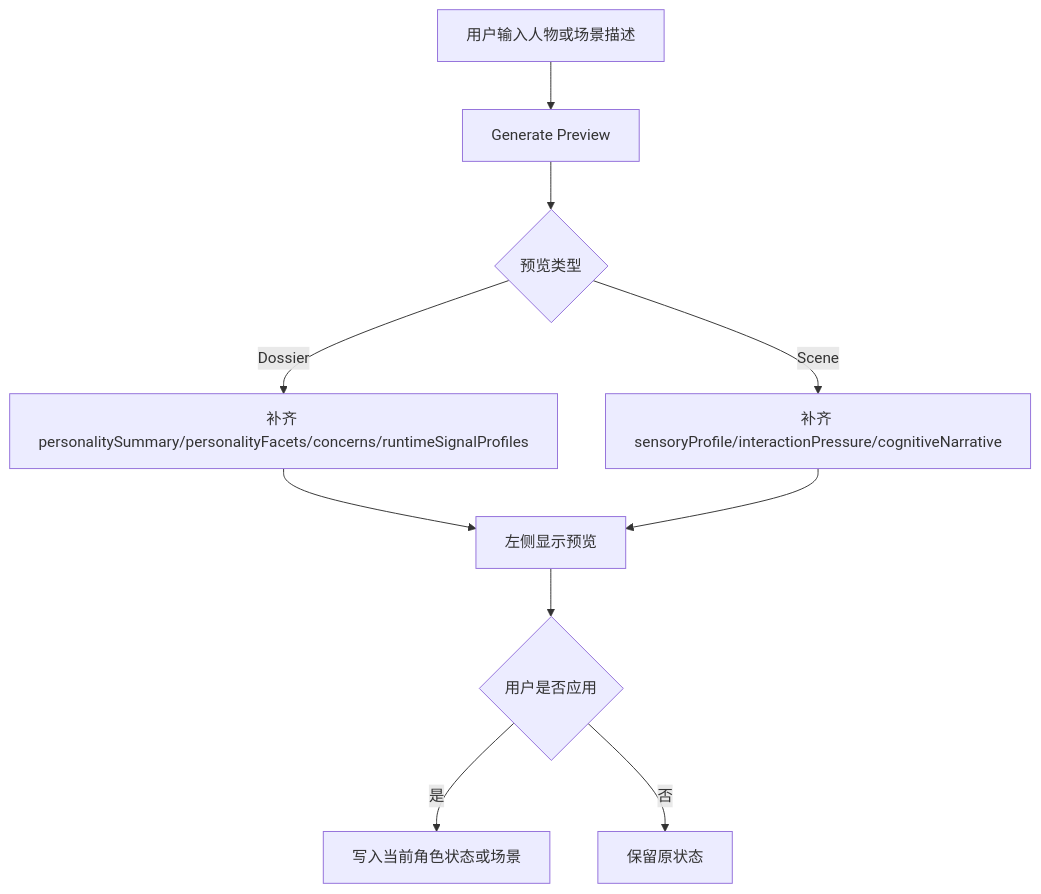
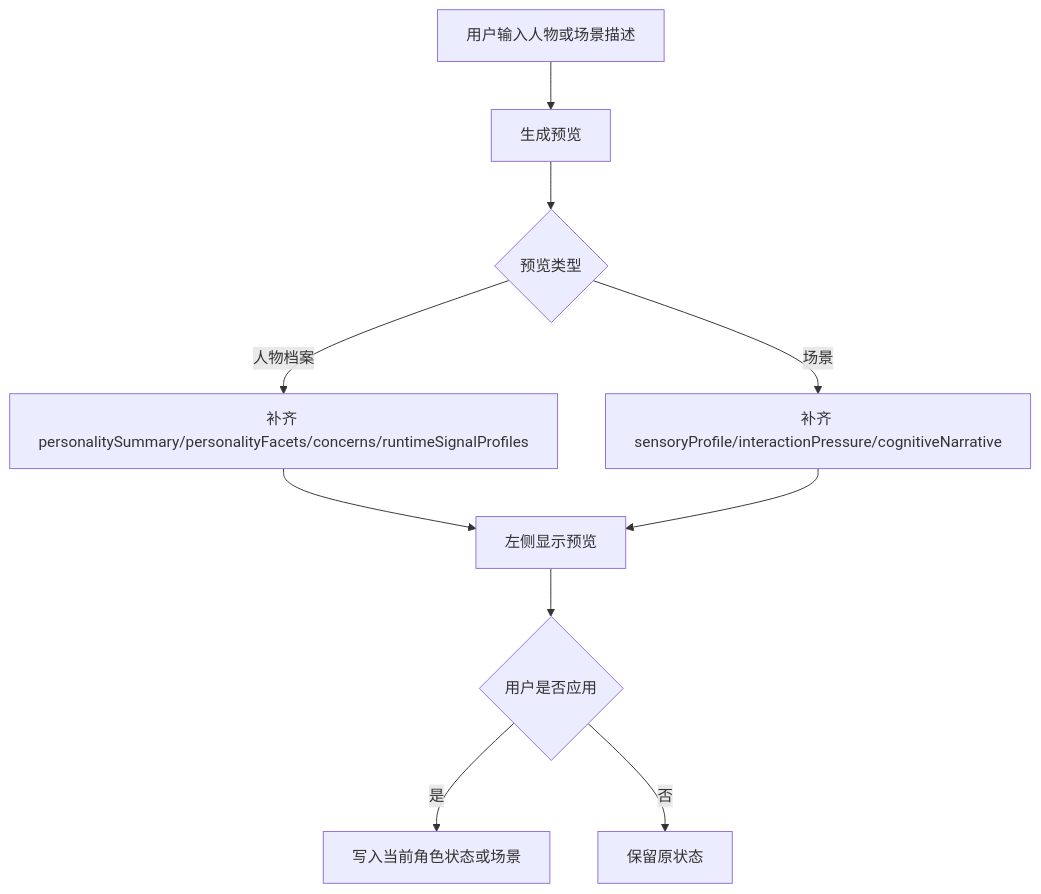
The fourth of 5 diagrams in docs/SYSTEM_FLOW.md (ttmanthatman/virtual-human-flow), drawn with Mermaid before and after one commit. The commit also changed other lines of this file and 17 other files, not shown here.

Commit message:
feat: add DeepSeek signal evaluation flow

````diff
--- a/docs/SYSTEM_FLOW.md
+++ b/docs/SYSTEM_FLOW.md
@@ -74,12 +75,12 @@
 ```mermaid
 flowchart TD
-    A[用户输入人物或场景描述] --> B[Generate Preview]
+    A[用户输入人物或场景描述] --> B[生成预览]
     B --> C{预览类型}
-    C -- Dossier --> D[补齐 personalitySummary/personalityFacets/concerns/runtimeSignalProfiles]
-    C -- Scene --> E[补齐 sensoryProfile/interactionPressure/cognitiveNarrative]
+    C -- 人物档案 --> D[补齐 personalitySummary/personalityFacets/concerns/runtimeSignalProfiles]
+    C -- 场景 --> E[补齐 sensoryProfile/interactionPressure/cognitiveNarrative]
     D --> F[左侧显示预览]
     E --> F
     F --> G{用户是否应用}
     G -- 是 --> H[写入当前角色状态或场景]
     G -- 否 --> I[保留原状态]
 ```
````
